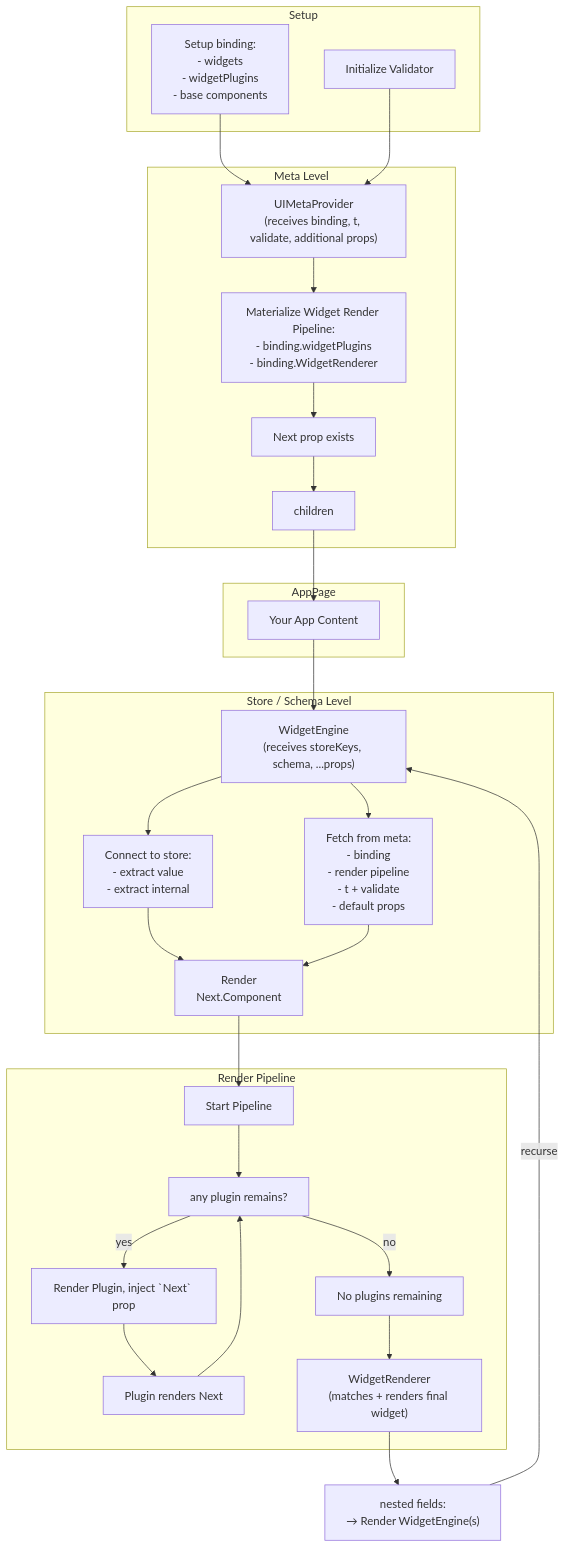
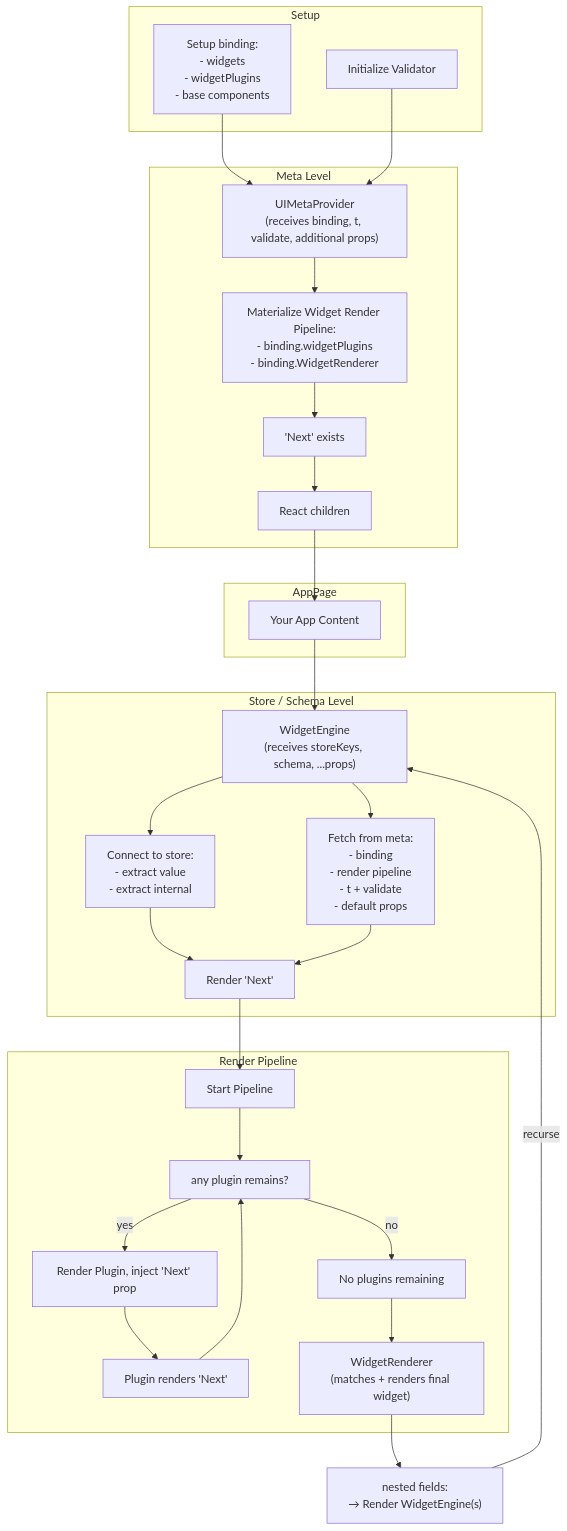
The diagram in Flowchart.md (ui-schema/ui-schema), drawn with Mermaid before and after one commit. The commit also changed other lines of this file and 10 other files, not shown here.

First line of the commit message:
switch schemaTypeToDistinct to schemaTypeIs for render decision testing;

````diff
--- a/Flowchart.md
+++ b/Flowchart.md
@@ -27,60 +27,60 @@
 ```mermaid
 flowchart TD
     subgraph Setup [Setup]
         BindingSetup["Setup binding:\n- widgets\n- widgetPlugins\n- base components"]
         ValidatorInit["Initialize Validator"]
     end
 
     subgraph MetaLevel [Meta Level]
         UIMetaProvider["UIMetaProvider\n(receives binding, t, validate, additional props)"]
         MaterializePipeline["Materialize Widget Render Pipeline:\n- binding.widgetPlugins\n- binding.WidgetRenderer"]
-        MetaContextNext["Next prop exists"]
-        MetaContextChildren["children"]
+        MetaContextNext["'Next' exists"]
+        MetaContextChildren["React children"]
     end
 
     subgraph AppPage
         Page["Your App Content"]
     end
 
     subgraph SchemaLevel["Store / Schema Level"]
         WidgetEngine["WidgetEngine\n(receives storeKeys, schema, ...props)"]
         ExtractValue["Connect to store:\n- extract value\n- extract internal"]
         ConnectMeta["Fetch from meta:\n- binding\n- render pipeline\n- t + validate\n- default props"]
-        StartPipeline["Render\nNext.Component"]
+        StartPipeline["Render 'Next'"]
     end
 
     RecursiveChild["nested fields:\n→ Render WidgetEngine(s)"]
 
     subgraph RenderPipeline["Render Pipeline"]
         RenderPipelineStart["Start Pipeline"]
     %% note: these states are explaining "how it behaves",
     %%       but as it is materialized, the "if remains" is already done in UIMetaProvider
         CheckPlugins["any plugin remains?"]
-        RenderPlugin["Render Plugin, inject `Next` prop"]
-        PluginCallsNext["Plugin renders Next"]
+        RenderPlugin["Render Plugin, inject 'Next' prop"]
+        RenderNextPlugin["Plugin renders 'Next'"]
         NoPlugins["No plugins remaining"]
         FinalRender["WidgetRenderer\n(matches + renders final widget)"]
     end
 
     BindingSetup --> UIMetaProvider
     ValidatorInit --> UIMetaProvider
     UIMetaProvider --> MaterializePipeline
     MaterializePipeline --> MetaContextNext
     MetaContextNext --> MetaContextChildren
     MetaContextChildren --> Page
     Page --> WidgetEngine
     WidgetEngine --> ExtractValue
     WidgetEngine --> ConnectMeta
     ExtractValue --> StartPipeline
     ConnectMeta --> StartPipeline
     StartPipeline --> RenderPipelineStart
     RenderPipelineStart --> CheckPlugins
     CheckPlugins -- yes --> RenderPlugin
-    RenderPlugin --> PluginCallsNext
-    PluginCallsNext --> CheckPlugins
+    RenderPlugin --> RenderNextPlugin
+    RenderNextPlugin --> CheckPlugins
     CheckPlugins -- no --> NoPlugins
     NoPlugins --> FinalRender
     FinalRender --> RecursiveChild
     RecursiveChild -- recurse --> WidgetEngine
 
 ```
````
